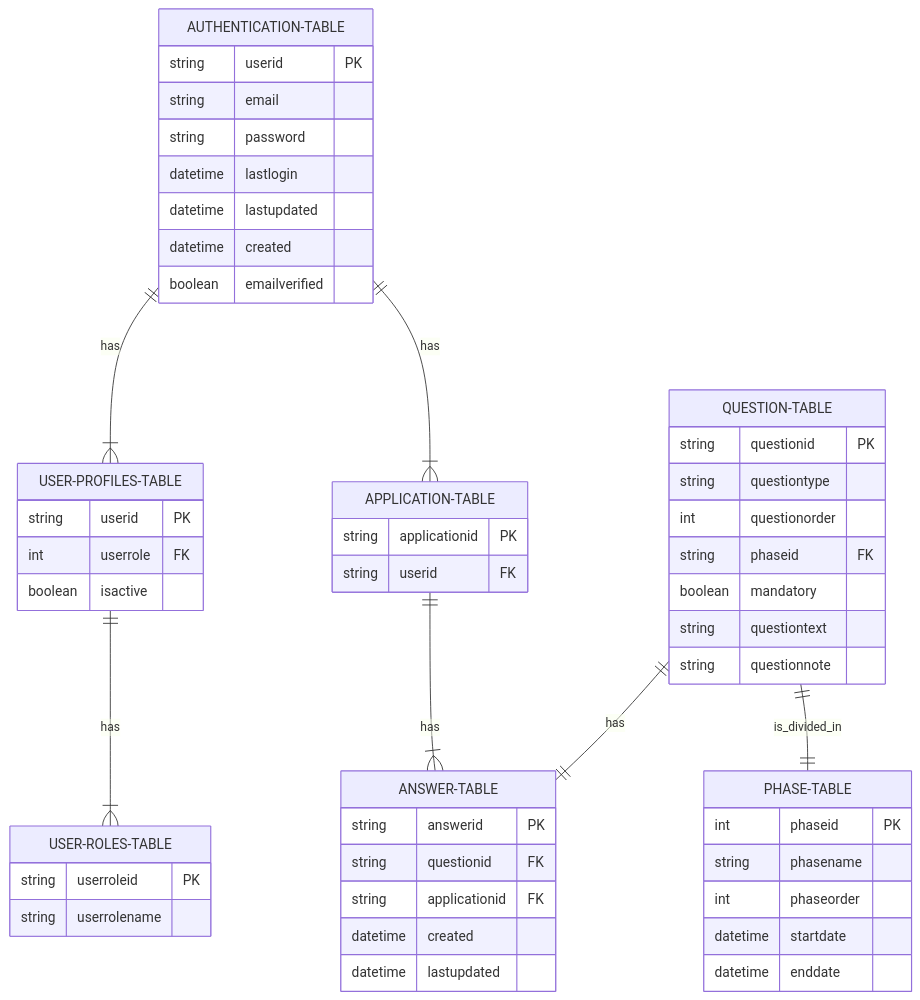
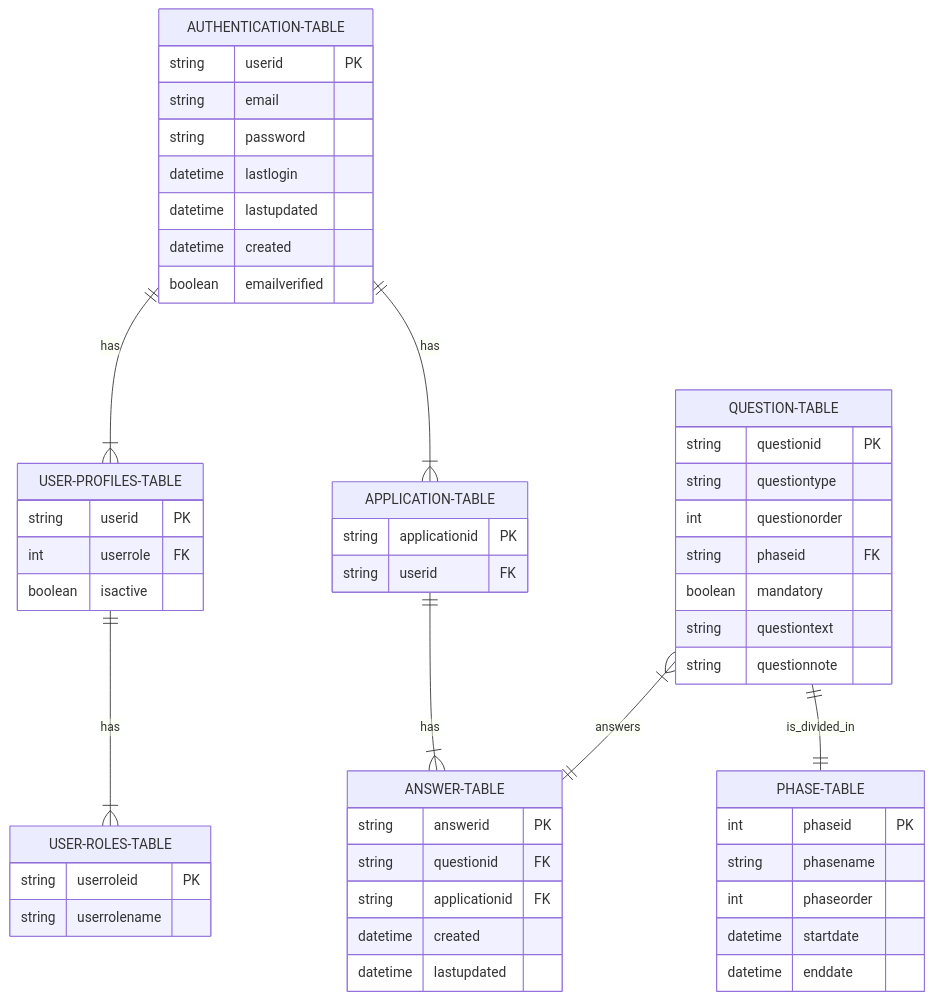
One commit to Interperle/application-platform changed the first of 3 diagrams in backend/README.md. Above: the diagram before and after it, drawn with Mermaid.

Commit message:
changed relation

````diff
--- a/backend/README.md
+++ b/backend/README.md
@@ -6,62 +6,62 @@
 ```mermaid
 erDiagram
     AUTHENTICATION-TABLE ||--|{ APPLICATION-TABLE : has
     AUTHENTICATION-TABLE ||--|{ USER-PROFILES-TABLE : has
     USER-PROFILES-TABLE ||--|{ USER-ROLES-TABLE : has
     APPLICATION-TABLE ||--|{ ANSWER-TABLE : has
     QUESTION-TABLE ||--|| PHASE-TABLE : is_divided_in
-    QUESTION-TABLE ||--|| ANSWER-TABLE : has
+    QUESTION-TABLE }|--|| ANSWER-TABLE : answers
 
     %% default Supabase Authentication Table
     AUTHENTICATION-TABLE {
         string userid PK
         string email
         string password
         datetime lastlogin
         datetime lastupdated
         datetime created
         boolean emailverified
     }
     
     USER-PROFILES-TABLE {
         string userid PK
         int userrole FK
         boolean isactive
     }
 
     USER-ROLES-TABLE {
         string userroleid PK
         string userrolename
     }
 
     APPLICATION-TABLE {
         string applicationid PK
         string userid FK
     }
 
     PHASE-TABLE {
         int phaseid PK
         string phasename
         int phaseorder
         datetime startdate
         datetime enddate
     }
 
     QUESTION-TABLE {
         string questionid PK
         string questiontype
         int questionorder
         string phaseid FK
         boolean mandatory
         string questiontext
         string questionnote
     }
 
     ANSWER-TABLE {
         string answerid PK
         string questionid FK
         string applicationid FK
         datetime created
         datetime lastupdated
     }
 ```
````
